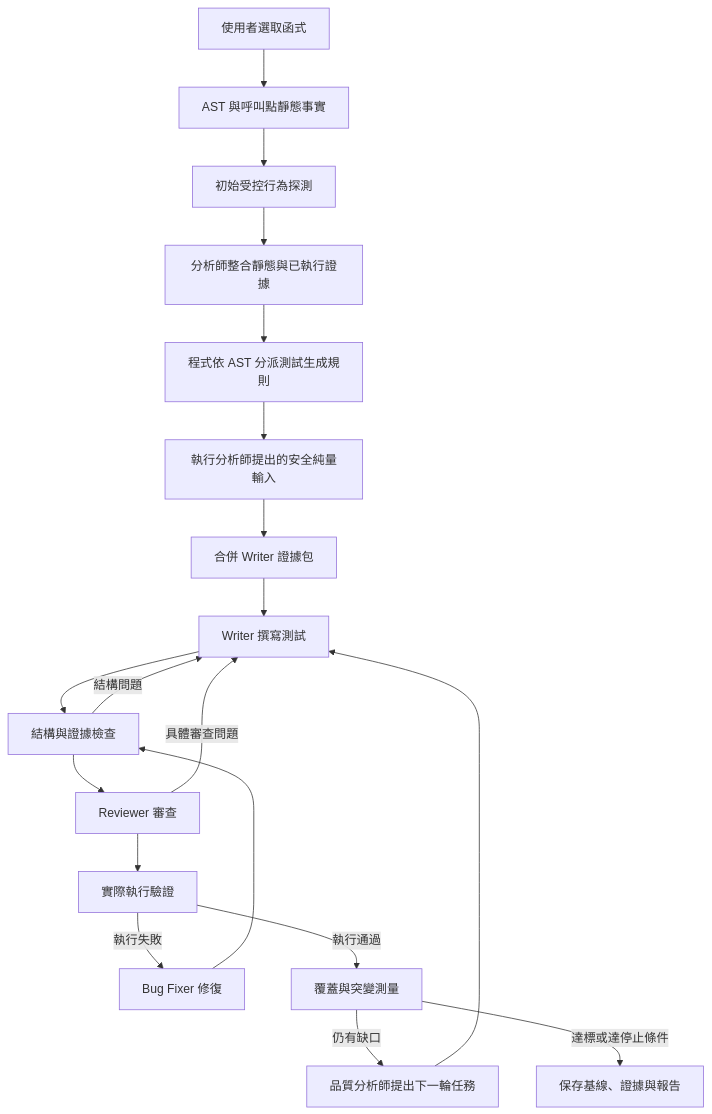
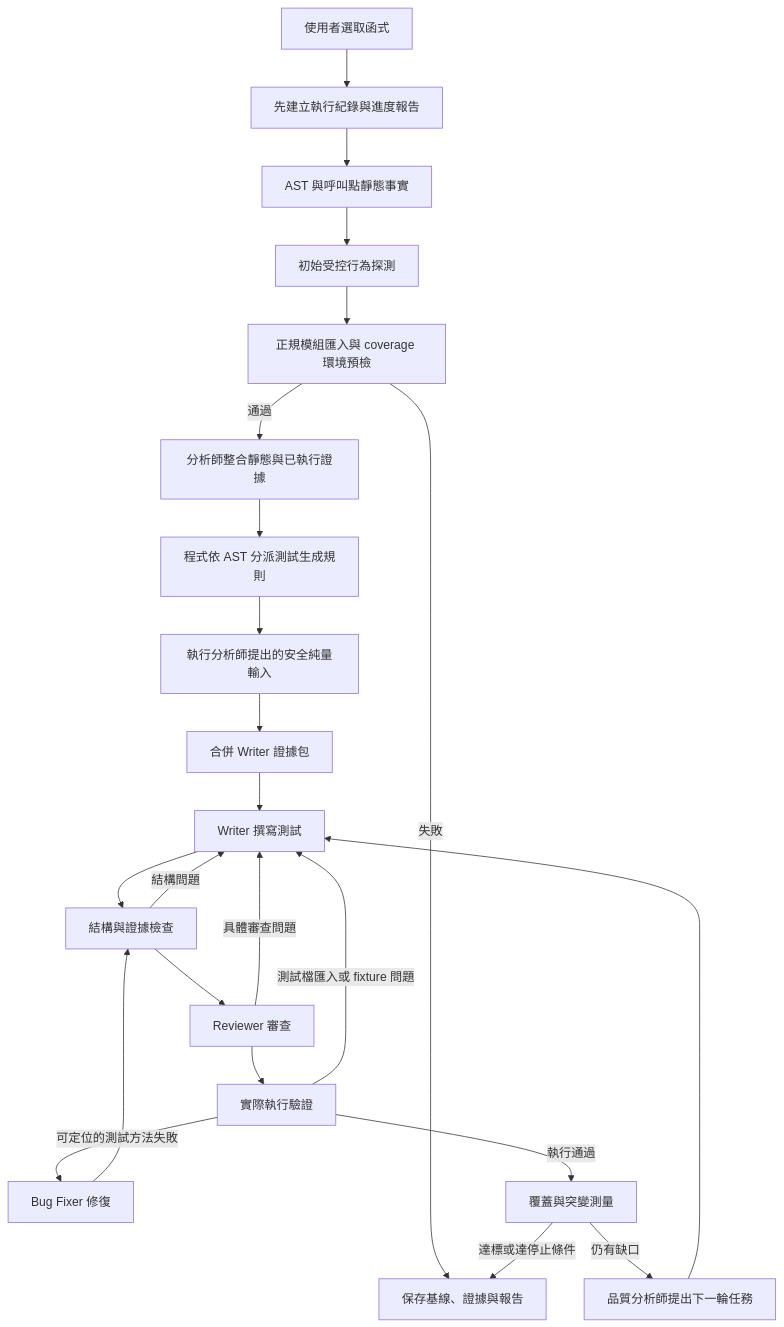
Before and after one commit to Lane921129/vscode_llm_unit_test: the diagram in ARCHITECTURE.md, drawn with Mermaid. The commit also changed other lines of this file and 43 other files, not shown here.

````diff
--- a/ARCHITECTURE.md
+++ b/ARCHITECTURE.md
@@ -15,21 +15,25 @@
 ```mermaid
 flowchart TD
-    UI[使用者選取函式] --> Static[AST 與呼叫點靜態事實]
+    UI[使用者選取函式] --> Journal[先建立執行紀錄與進度報告]
+    Journal --> Static[AST 與呼叫點靜態事實]
     Static --> InitialProbe[初始受控行為探測]
-    InitialProbe --> Analyst[分析師整合靜態與已執行證據]
+    InitialProbe --> Preflight[正規模組匯入與 coverage 環境預檢]
+    Preflight -->|失敗| Report[保存基線、證據與報告]
+    Preflight -->|通過| Analyst[分析師整合靜態與已執行證據]
     Analyst --> Rules[程式依 AST 分派測試生成規則]
     Rules --> SupplementalProbe[執行分析師提出的安全純量輸入]
     SupplementalProbe --> Bundle[合併 Writer 證據包]
     Bundle --> Writer[Writer 撰寫測試]
     Writer --> Structure[結構與證據檢查]
     Structure --> Reviewer[Reviewer 審查]
     Reviewer --> Validation[實際執行驗證]
     Reviewer -->|具體審查問題| Writer
     Structure -->|結構問題| Writer
-    Validation -->|執行失敗| Fixer[Bug Fixer 修復]
+    Validation -->|可定位的測試方法失敗| Fixer[Bug Fixer 修復]
+    Validation -->|測試檔匯入或 fixture 問題| Writer
     Fixer --> Structure
     Validation -->|執行通過| Quality[覆蓋與突變測量]
     Quality -->|仍有缺口| QualityAnalyst[品質分析師提出下一輪任務]
     QualityAnalyst --> Writer
-    Quality -->|達標或達停止條件| Report[保存基線、證據與報告]
+    Quality -->|達標或達停止條件| Report
 ```
````
